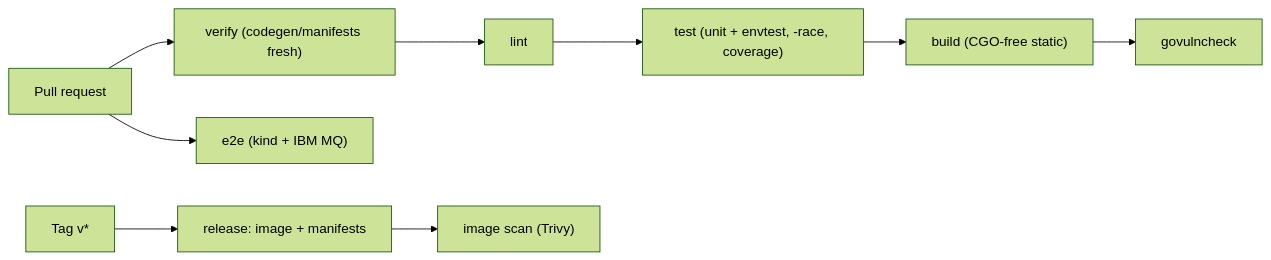
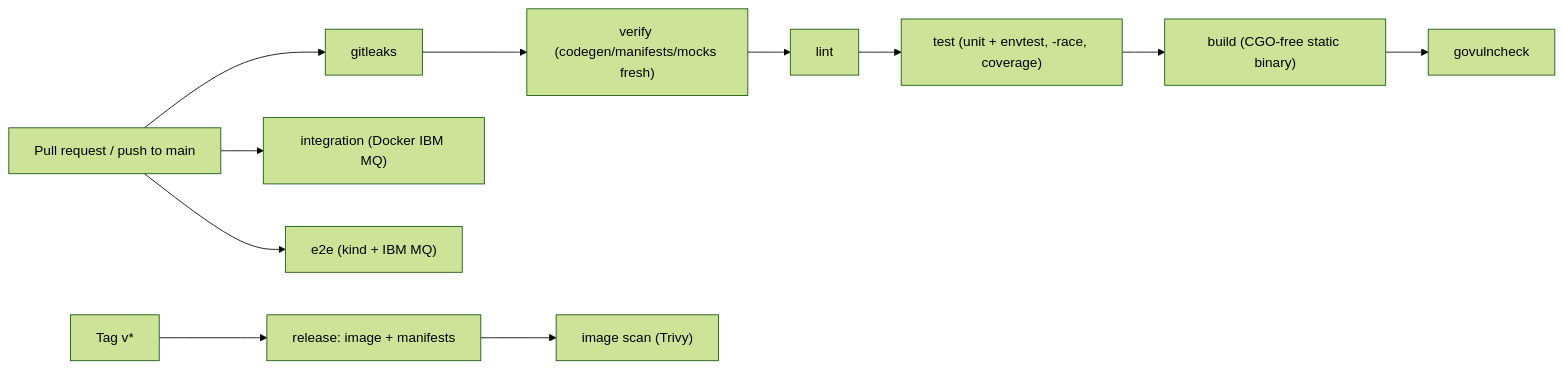
Before and after one commit to PlatformRelay/MKurator: the diagram in docs/CICD.md, drawn with Mermaid (forest theme). The commit also changed other lines of this file and 7 other files, not shown here.

````diff
--- a/docs/CICD.md
+++ b/docs/CICD.md
@@ -25,11 +24,13 @@
 ```mermaid
 flowchart LR
-  pr["Pull request"] --> verify
-  verify["verify (codegen/manifests fresh)"] --> lint
+  pr["Pull request / push to main"] --> gitleaks
+  gitleaks --> verify
+  verify["verify (codegen/manifests/mocks fresh)"] --> lint
   lint --> test["test (unit + envtest, -race, coverage)"]
-  test --> build["build (CGO-free static)"]
+  test --> build["build (CGO-free static binary)"]
   build --> vuln["govulncheck"]
+  pr --> integration["integration (Docker IBM MQ)"]
   pr --> e2e["e2e (kind + IBM MQ)"]
   tag["Tag v*"] --> release["release: image + manifests"]
   release --> scan["image scan (Trivy)"]
 ```
````
